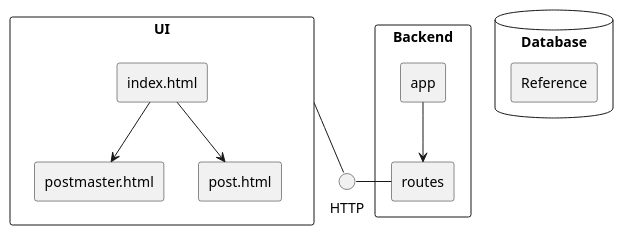
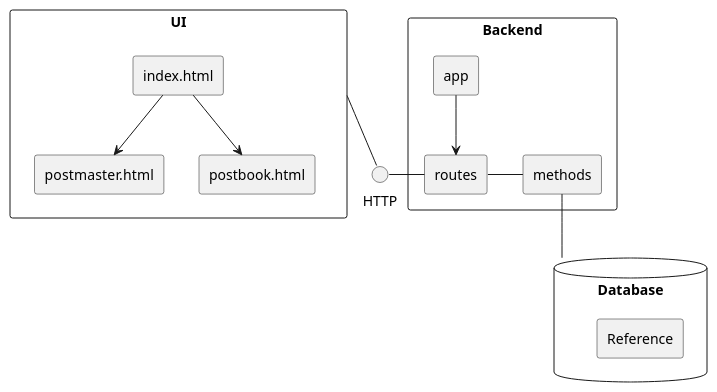
The diagram in doc/architecture.puml (thefakejj/miniprojekti), drawn with PlantUML before and after one commit.

Commit message:
Updated architeture diagram

```diff
--- a/doc/architecture.puml
+++ b/doc/architecture.puml
@@ -1,29 +1,32 @@
 @startuml
 rectangle "UI" {  
     rectangle "index.html"
     rectangle "postmaster.html"
-    rectangle "post.html"
+    rectangle "postbook.html"
 }
 
 rectangle "Backend" {
     rectangle "app"
     rectangle "routes"
+    rectangle "methods"
 }
 
 database "Database" {
     rectangle "Reference"
 }
 
 interface HTTP
 
-index.html --> post.html
+index.html --> postbook.html
 index.html --> postmaster.html
 
 UI -- HTTP
 HTTP - routes
 
 
 app --> routes
+routes - methods
+methods -- Database
 
 
 @enduml
```
